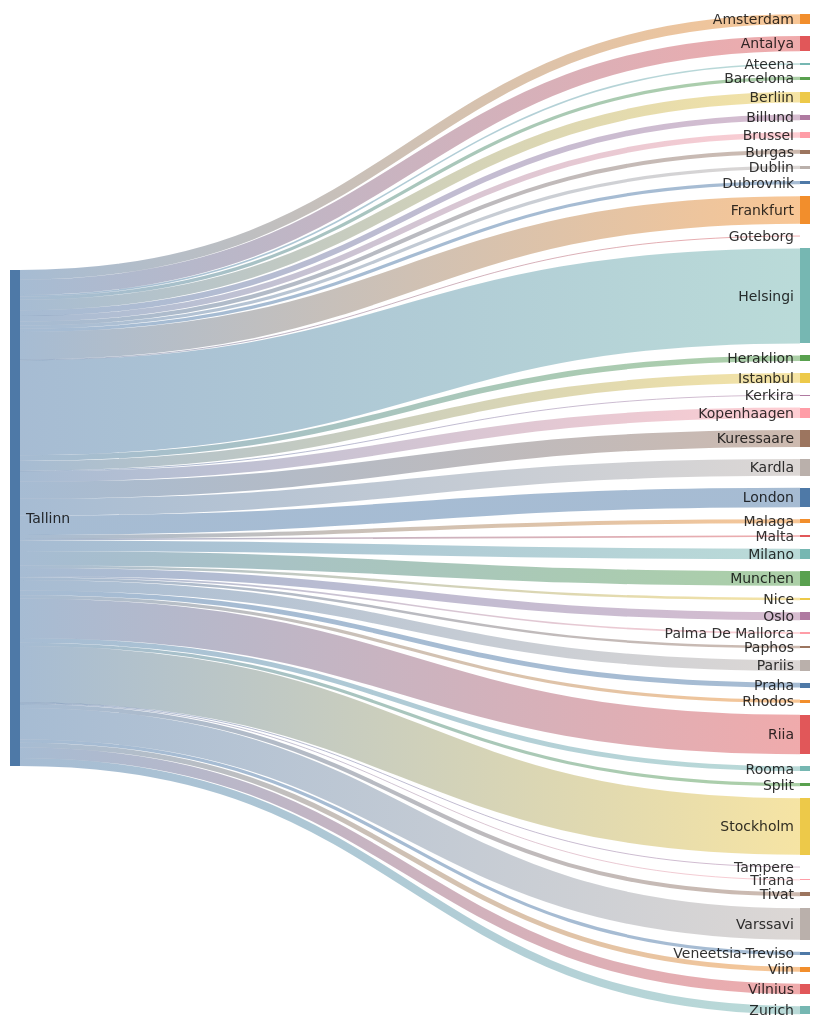
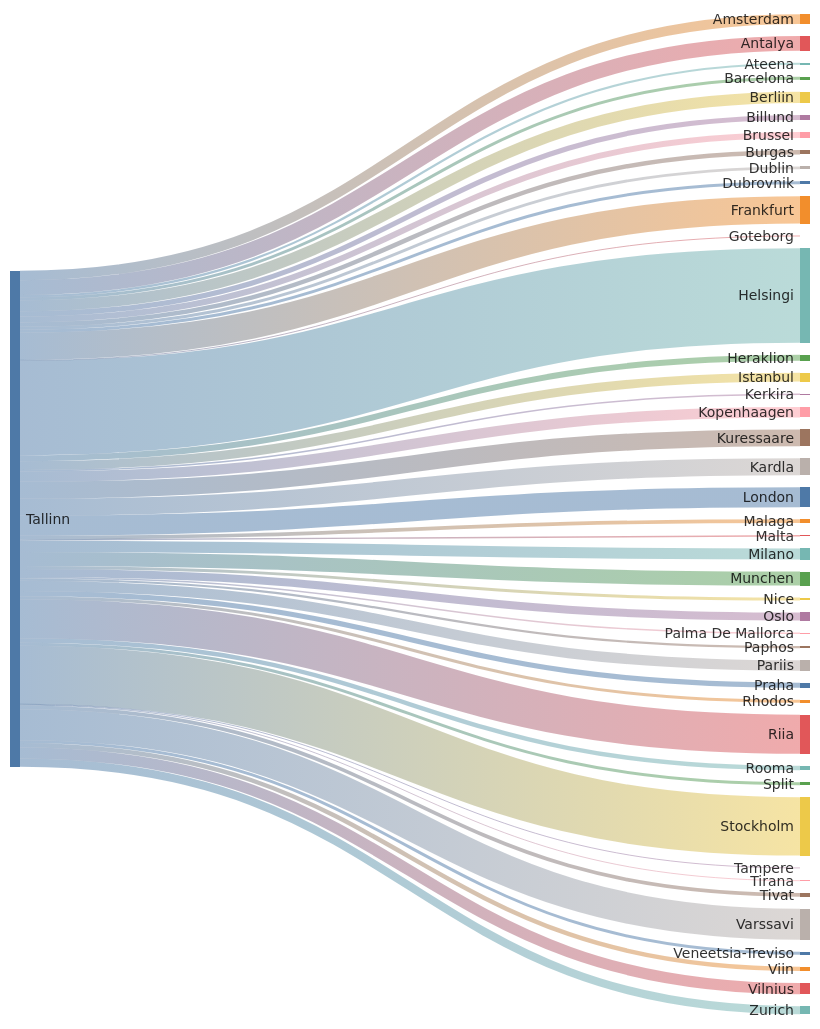
Before and after one commit to rainermesi/tll-airport-departures: the second of 2 diagrams in README.md, drawn with Mermaid. The commit also changed other lines of this file, not shown here.

````diff
--- a/README.md
+++ b/README.md
@@ -34,56 +34,56 @@
 ```mermaid
 ---
 config:
   sankey:
     showValues: false
     width: 800
     height: 1000
 ---
 sankey-beta
 %% source,target,value
-Tallinn,Amsterdam,12
-Tallinn,Antalya,19
-Tallinn,Ateena,2
+Tallinn,Amsterdam,13
+Tallinn,Antalya,20
+Tallinn,Ateena,3
 Tallinn,Barcelona,4
-Tallinn,Berliin,13
+Tallinn,Berliin,15
 Tallinn,Billund,7
-Tallinn,Brussel,7
-Tallinn,Burgas,5
+Tallinn,Brussel,8
+Tallinn,Burgas,6
 Tallinn,Dublin,4
 Tallinn,Dubrovnik,4
-Tallinn,Frankfurt,34
+Tallinn,Frankfurt,37
 Tallinn,Goteborg,1
-Tallinn,Helsingi,118
-Tallinn,Heraklion,7
+Tallinn,Helsingi,128
+Tallinn,Heraklion,8
 Tallinn,Istanbul,12
-Tallinn,Kerkira,1
-Tallinn,Kopenhaagen,13
-Tallinn,Kuressaare,21
-Tallinn,Kardla,21
-Tallinn,London,24
+Tallinn,Kerkira,2
+Tallinn,Kopenhaagen,14
+Tallinn,Kuressaare,23
+Tallinn,Kardla,23
+Tallinn,London,27
 Tallinn,Malaga,5
 Tallinn,Malta,2
-Tallinn,Milano,13
-Tallinn,Munchen,18
-Tallinn,Nice,3
-Tallinn,Oslo,10
+Tallinn,Milano,15
+Tallinn,Munchen,19
+Tallinn,Nice,4
+Tallinn,Oslo,11
 Tallinn,Palma De Mallorca,2
 Tallinn,Paphos,3
-Tallinn,Pariis,13
-Tallinn,Praha,6
+Tallinn,Pariis,14
+Tallinn,Praha,7
 Tallinn,Rhodos,4
-Tallinn,Riia,49
+Tallinn,Riia,53
 Tallinn,Rooma,6
 Tallinn,Split,4
-Tallinn,Stockholm,70
+Tallinn,Stockholm,79
 Tallinn,Tampere,1
 Tallinn,Tirana,1
 Tallinn,Tivat,5
-Tallinn,Varssavi,39
+Tallinn,Varssavi,42
 Tallinn,Veneetsia-Treviso,4
 Tallinn,Viin,6
-Tallinn,Vilnius,13
-Tallinn,Zurich,10
+Tallinn,Vilnius,15
+Tallinn,Zurich,11
 
 
 ```
````
